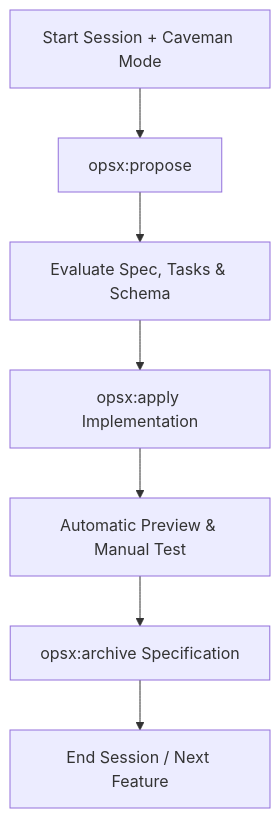
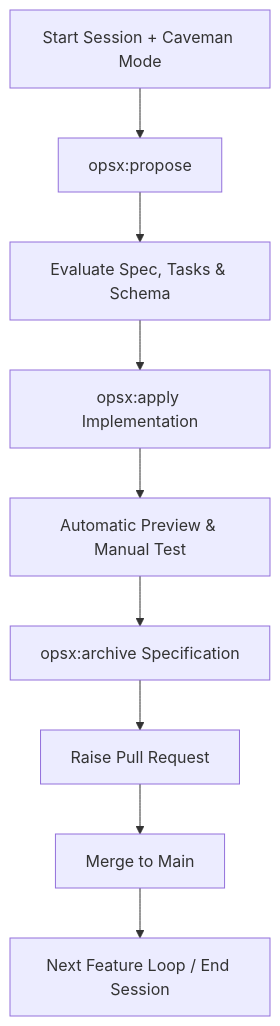
Before and after one commit to prule/pauls-blog: the diagram in content/post/coding/2026/catchup-1/index.md, drawn with Mermaid. The commit also changed other lines of this file, not shown here.

Commit message:
post: catchup 1

```diff
--- a/content/post/coding/2026/catchup-1/index.md
+++ b/content/post/coding/2026/catchup-1/index.md
@@ -72,9 +72,11 @@
 {{< mermaid >}}
 graph TD
     A[Start Session + Caveman Mode] --> B[opsx:propose <feature>]
     B --> C[Evaluate Spec, Tasks & Schema]
     C --> D[opsx:apply Implementation]
     D --> E[Automatic Preview & Manual Test]
     E --> F[opsx:archive Specification]
-    F --> G[End Session / Next Feature]
+    F --> H[Raise Pull Request]
+    H --> I[Merge to Main]
+    I --> G[Next Feature Loop / End Session]
 {{< /mermaid >}}
```
